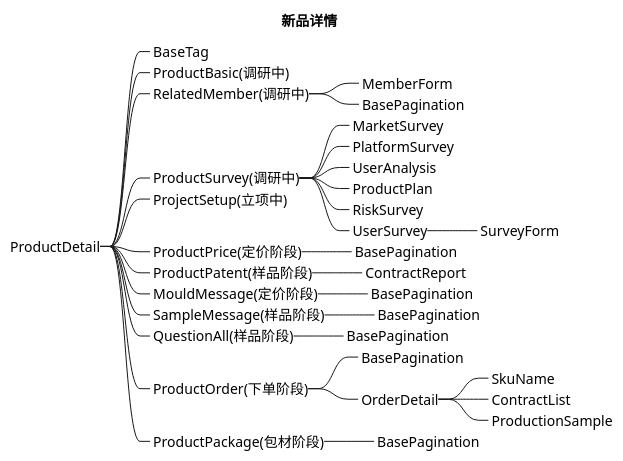
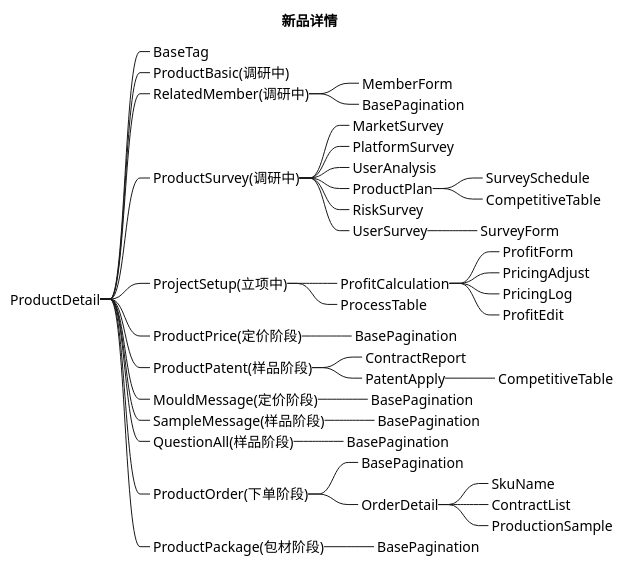
The second of 2 diagrams in docs/diagram/product/product.puml (futurekidult/product), drawn with PlantUML before and after one commit. The commit also changed 21 other files, not shown here.

```diff
--- a/docs/diagram/product/product.puml
+++ b/docs/diagram/product/product.puml
@@ -11,38 +11,48 @@
 @startmindmap
 title 新品详情
 
 +_ ProductDetail
 ++_ BaseTag
 ++_ ProductBasic(调研中)
 ++_ RelatedMember(调研中)
 +++_ MemberForm
 +++_ BasePagination
 ++_ ProductSurvey(调研中)
 +++_ MarketSurvey
 +++_ PlatformSurvey
 +++_ UserAnalysis
 +++_ ProductPlan
+++++_ SurveySchedule
+++++_ CompetitiveTable
 +++_ RiskSurvey
 +++_ UserSurvey
 ++++_ SurveyForm
 ++_ ProjectSetup(立项中)
++++_ ProfitCalculation
+++++_ ProfitForm
+++++_ PricingAdjust
+++++_ PricingLog
+++++_ ProfitEdit
++++_ ProcessTable
 ++_ ProductPrice(定价阶段)
 +++_ BasePagination
 ++_ ProductPatent(样品阶段)
 +++_ ContractReport
++++_ PatentApply
+++++_ CompetitiveTable
 ++_ MouldMessage(定价阶段)
 +++_ BasePagination
 ++_ SampleMessage(样品阶段)
 +++_ BasePagination
 ++_ QuestionAll(样品阶段)
 +++_ BasePagination
 ++_ ProductOrder(下单阶段)
 +++_ BasePagination
 +++_ OrderDetail
 ++++_ SkuName
 ++++_ ContractList
 ++++_ ProductionSample
 ++_ ProductPackage(包材阶段)
 +++_ BasePagination
 
 @endmindmap
```
